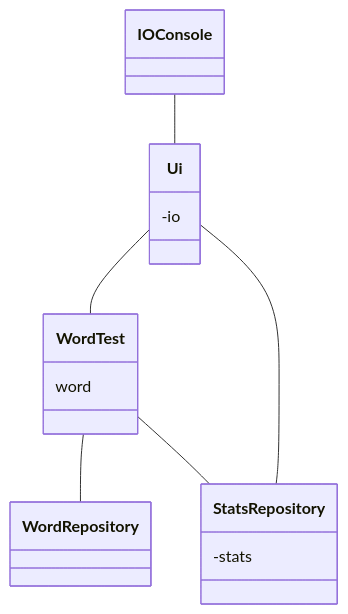
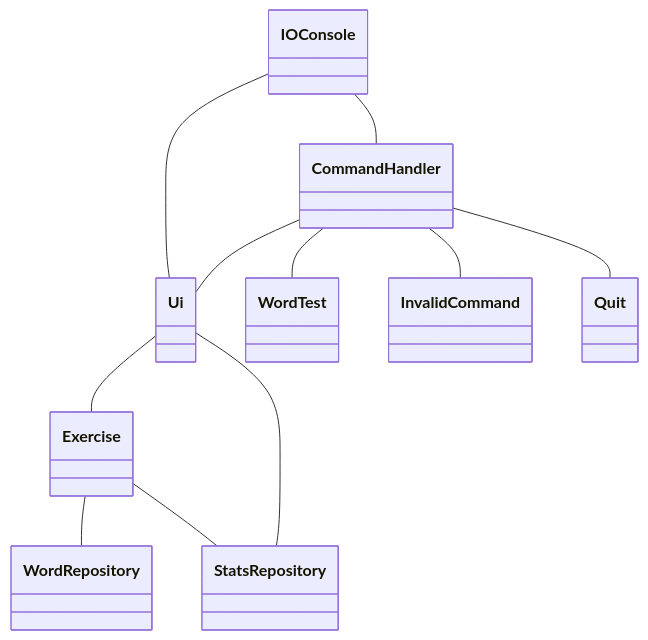
The diagram in dokumentaatio/arkkitehtuuri.md (jaakkoset/ot-harjoitustyo), drawn with Mermaid before and after one commit.

Commit message:
Update class diagram

````diff
--- a/dokumentaatio/arkkitehtuuri.md
+++ b/dokumentaatio/arkkitehtuuri.md
@@ -5,11 +5,13 @@
 ```mermaid
 classDiagram
-    class Ui {-io}
-    class WordTest {word}
-    class StatsRepository {-stats}
     IOConsole -- Ui
-    Ui -- WordTest
+    Ui -- Exercise
     Ui -- StatsRepository
-    WordTest -- WordRepository
-    WordTest -- StatsRepository
+    CommandHandler -- Ui
+    IOConsole -- CommandHandler
+    CommandHandler -- WordTest
+    CommandHandler -- InvalidCommand
+    CommandHandler -- Quit
+    Exercise -- WordRepository
+    Exercise -- StatsRepository
 ```
````
